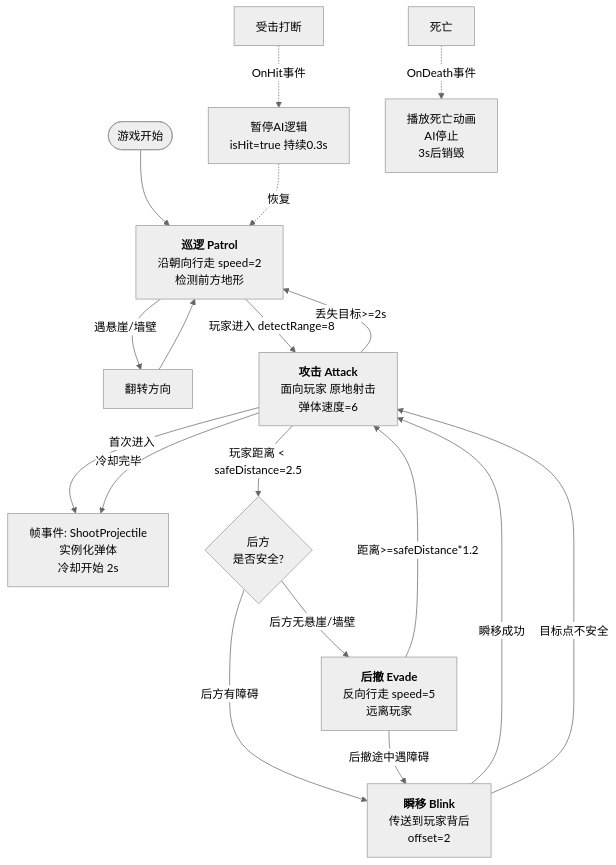
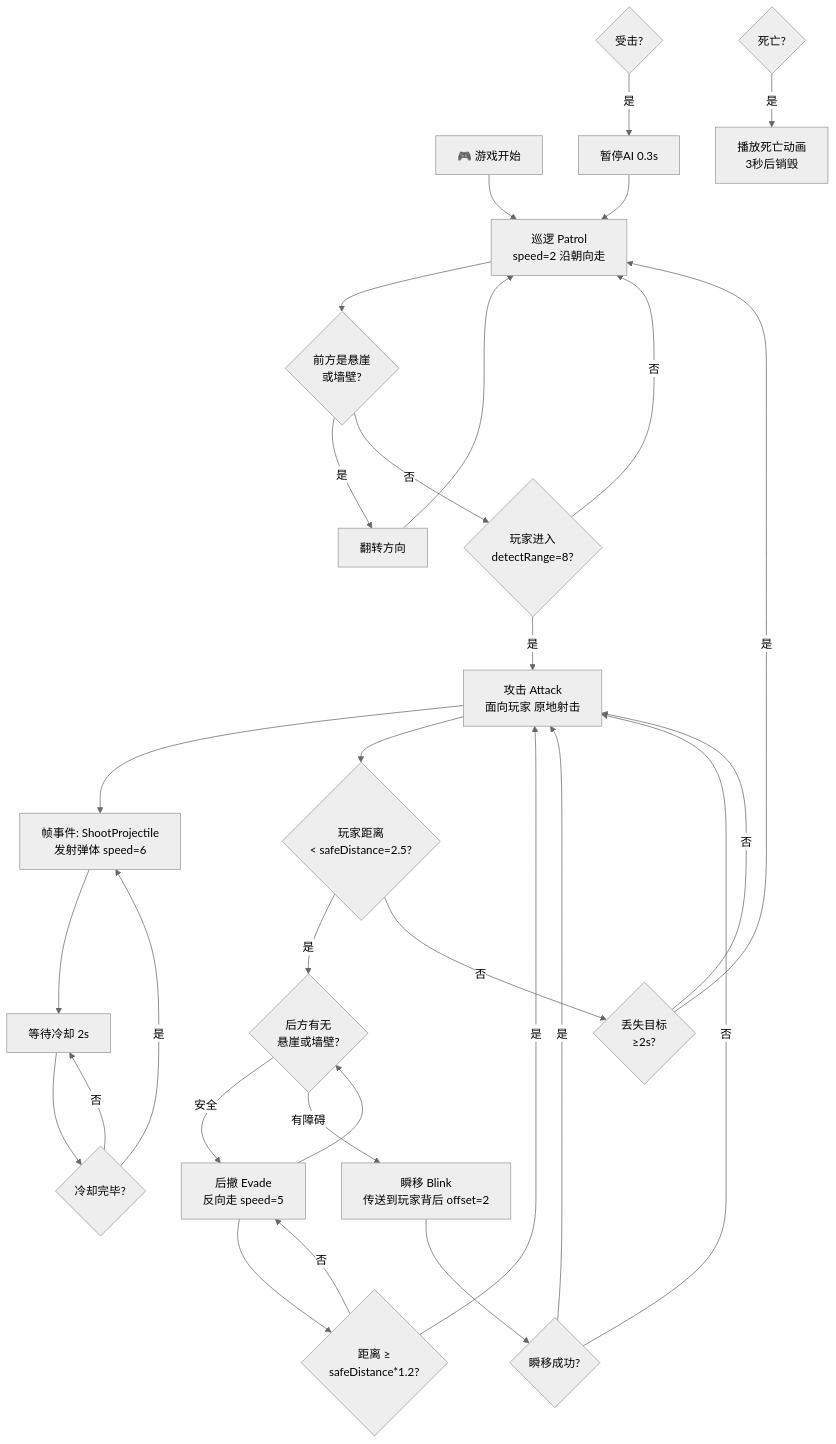
The second of 5 diagrams in 行为逻辑流程图.md (ZIDONGCHEN-1/PixelMage), drawn with Mermaid (neutral theme) before and after one commit. The commit also changed other lines of this file, not shown here.

First line of the commit message:
重构行为逻辑流程图为纵向框框风格

````diff
--- a/行为逻辑流程图.md
+++ b/行为逻辑流程图.md
@@ -41,31 +61,53 @@
 ```mermaid
 flowchart TD
-    Start([游戏开始]) --> Patrol
+    A["🎮 游戏开始"]
+    B["巡逻 Patrol<br/>speed=2 沿朝向走"]
+    C{"前方是悬崖<br/>或墙壁?"}
+    D["翻转方向"]
+    E{"玩家进入<br/>detectRange=8?"}
+    F["攻击 Attack<br/>面向玩家 原地射击"]
+    G["帧事件: ShootProjectile<br/>发射弹体 speed=6"]
+    H["等待冷却 2s"]
+    I{"冷却完毕?"}
+    J{"玩家距离<br/>&lt; safeDistance=2.5?"}
+    K{"丢失目标<br/>&ge;2s?"}
+    L{"后方有无<br/>悬崖或墙壁?"}
+    M["后撤 Evade<br/>反向走 speed=5"]
+    N{"距离 &ge;<br/>safeDistance*1.2?"}
+    O["瞬移 Blink<br/>传送到玩家背后 offset=2"]
+    P{"瞬移成功?"}
+    Q{"受击?"}
+    R["暂停AI 0.3s"]
+    S{"死亡?"}
+    T["播放死亡动画<br/>3秒后销毁"]
 
-    Patrol[<b>巡逻 Patrol</b><br/>沿朝向行走 speed=2<br/>检测前方地形]
-    Patrol -->|遇悬崖/墙壁| Flip[翻转方向]
-    Flip --> Patrol
-    Patrol -->|玩家进入 detectRange=8| Attack
-
-    Attack[<b>攻击 Attack</b><br/>面向玩家 原地射击<br/>弹体速度=6]
-    Attack -->|首次进入| Shoot[帧事件: ShootProjectile<br/>实例化弹体<br/>冷却开始 2s]
-    Attack -->|冷却完毕| Shoot
-    Attack -->|丢失目标>=2s| Patrol
-    Attack -->|玩家距离 < safeDistance=2.5| EvadeChoice{后方<br/>是否安全?}
-
-    EvadeChoice -->|后方无悬崖/墙壁| Evade
-    EvadeChoice -->|后方有障碍| Blink
-
-    Evade[<b>后撤 Evade</b><br/>反向行走 speed=5<br/>远离玩家]
-    Evade -->|距离>=safeDistance*1.2| Attack
-    Evade -->|后撤途中遇障碍| Blink
-
-    Blink[<b>瞬移 Blink</b><br/>传送到玩家背后<br/>offset=2]
-    Blink -->|瞬移成功| Attack
-    Blink -->|目标点不安全| Attack
-
-    Hit[受击打断] -.->|OnHit事件| PauseAI[暂停AI逻辑<br/>isHit=true 持续0.3s]
-    PauseAI -.->|恢复| Patrol
-
-    Death[死亡] -.->|OnDeath事件| DeadState[播放死亡动画<br/>AI停止<br/>3s后销毁]
+    A --> B
+    B --> C
+    C -->|是| D
+    D --> B
+    C -->|否| E
+    E -->|否| B
+    E -->|是| F
+    F --> G
+    G --> H
+    H --> I
+    I -->|是| G
+    I -->|否| H
+    F --> J
+    J -->|是| L
+    J -->|否| K
+    K -->|是| B
+    K -->|否| F
+    L -->|安全| M
+    L -->|有障碍| O
+    M --> N
+    N -->|是| F
+    N -->|否| M
+    M --> L
+    O --> P
+    P -->|是| F
+    P -->|否| F
+    Q -->|是| R
+    R --> B
+    S -->|是| T
 ```
````
